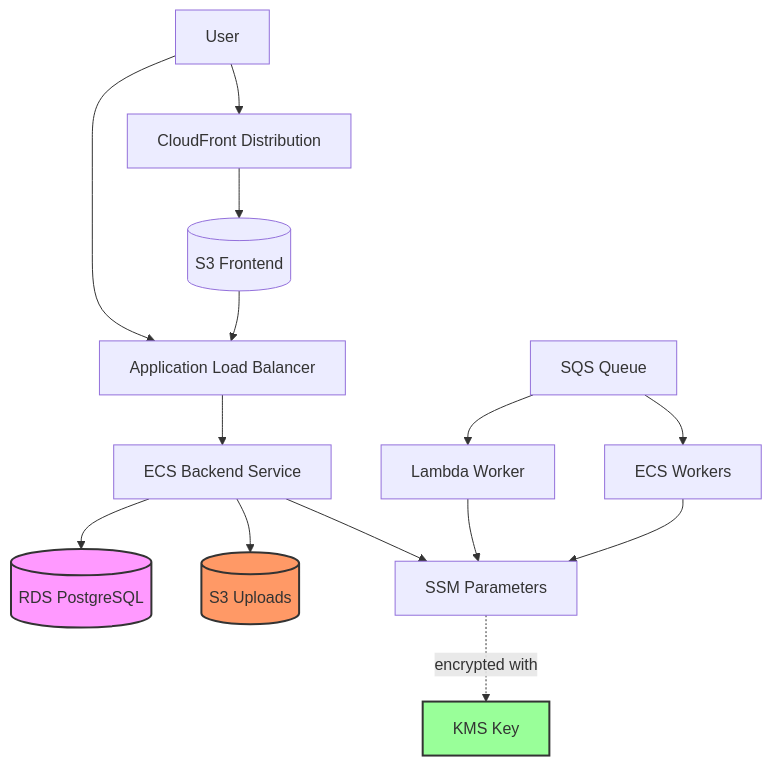
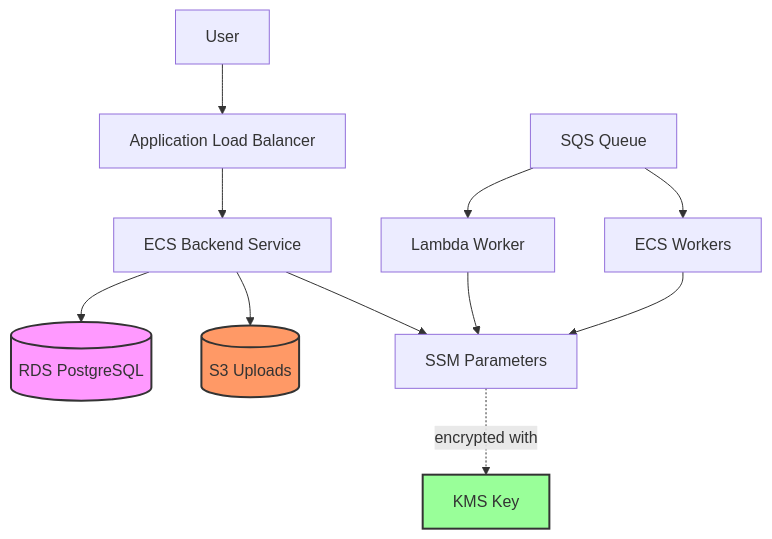
The first of 5 diagrams in infrastructure/README.md (Ilities/viberglass), drawn with Mermaid before and after one commit. The commit also changed other lines of this file, not shown here.

````diff
--- a/infrastructure/README.md
+++ b/infrastructure/README.md
@@ -22,20 +21,17 @@
 ```mermaid
 graph TB
     User[User] --> ALB[Application Load Balancer]
     ALB --> Backend[ECS Backend Service]
     Backend --> RDS[(RDS PostgreSQL)]
     Backend --> S3[(S3 Uploads)]
-    User --> CloudFront[CloudFront Distribution]
-    CloudFront --> FrontendS3[(S3 Frontend)]
-    FrontendS3 --> ALB
     Queue[SQS Queue] --> Lambda[Lambda Worker]
     Queue --> WorkerECS[ECS Workers]
     Lambda --> SSM[SSM Parameters]
     WorkerECS --> SSM
     Backend --> SSM
     SSM -. encrypted with .-> KMS[KMS Key]
 
     style RDS fill:#f9f,stroke:#333,stroke-width:2px
     style S3 fill:#f96,stroke:#333,stroke-width:2px
     style KMS fill:#9f9,stroke:#333,stroke-width:2px
 ```
````
